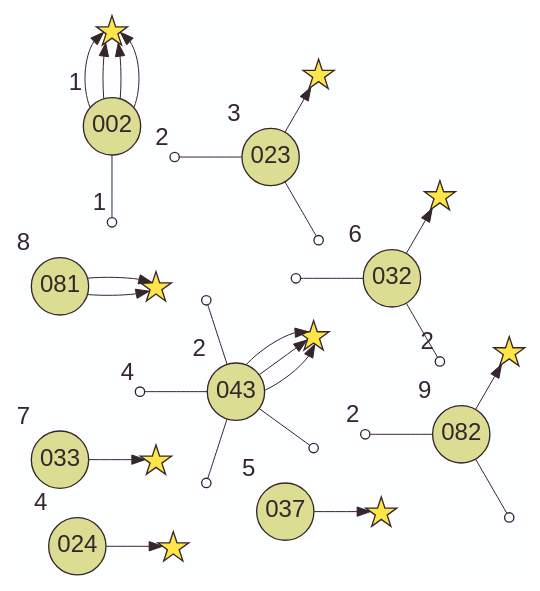
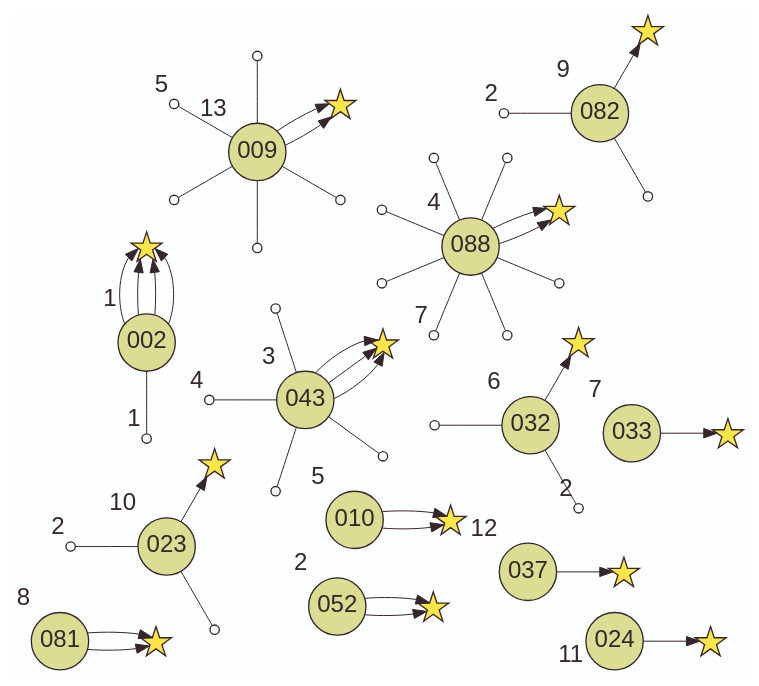
Before and after one commit to laowantong/sqlab_ints: the diagram in output/activity_map.gv, drawn with Graphviz. The commit also changed 13 other files, not shown here.

```diff
--- a/output/activity_map.gv
+++ b/output/activity_map.gv
@@ -1,88 +1,132 @@
 digraph G {
     layout=twopi
     bgcolor="#FDFEFF"
     edge [color="#34262B" penwidth=0.75]
     node [
         shape=star
         fixedsize=true
         width=0.3
         height=0.3
         fillcolor="#FEE548"
         color="#34262B"
         fontcolor="#34262B"
         fontsize=18
         penwidth=1
         style=filled
         label=""
     ]
     103209978926087
     103209978926087
     103209978926087
     1230160502988882
     125856070581408
     125856070581408
     125856070581408
     125856070581408
+    155147806452639
+    155147806452639
     156364735562291
     183542481619562
+    240070160009025
+    240070160009025
     248960157567190
     253352561534995
     253352561534995
+    253600606633879
+    253600606633879
     298774613720463
+    360051049043076
+    360051049043076
     5591408610389
     node [width=1.2 height=1.2 fontname=Helvetica label="\N"]
     
     node [ width=0.6 height=0.6 shape=circle fillcolor="#FFC19C"]
     
     node [fillcolor="#DBDE92"]
     002 [xlabel=1]
-    023 [xlabel=3]
-    024 [xlabel=4]
+    009 [xlabel=13]
+    010 [xlabel=5]
+    023 [xlabel=10]
+    024 [xlabel=11]
     032 [xlabel=6]
     033 [xlabel=7]
-    037 [xlabel=5]
-    043 [xlabel=2]
+    037 [xlabel=12]
+    043 [xlabel=3]
+    052 [xlabel=2]
     081 [xlabel=8]
     082 [xlabel=9]
+    088 [xlabel=4]
     
     002 -> 125856070581408
     002 -> 125856070581408
     002 -> 125856070581408
     002 -> 125856070581408
+    009 -> 253600606633879
+    009 -> 253600606633879
+    010 -> 155147806452639
+    010 -> 155147806452639
     023 -> 5591408610389
     024 -> 248960157567190
     032 -> 1230160502988882
     033 -> 298774613720463
     037 -> 183542481619562
     043 -> 103209978926087
     043 -> 103209978926087
     043 -> 103209978926087
+    052 -> 240070160009025
+    052 -> 240070160009025
     081 -> 253352561534995
     081 -> 253352561534995
     082 -> 156364735562291
+    088 -> 360051049043076
+    088 -> 360051049043076
     
     node [width=0.1 height=0.1 label="" fillcolor=none]
     103209978926115
     1230160502988894
     1230160502992190 [xlabel=2]
     14110344140782 [xlabel=2]
     156189361184507 [xlabel=2]
     156596690231090
+    253109520226675
+    253352804744747 [xlabel=5]
+    253843891117135
+    253974688626775
+    254220120595727
+    359590657654446
+    359642314904307
+    359749191076977
+    359813838431707
+    359943398969027 [xlabel=7]
+    360186567754554
+    360247014033845
     455354753305299 [xlabel=1]
     62621691563930
     76118056186574 [xlabel=4]
     81063761713588
     96800835160244
     edge [arrowhead=none]
     002 -> 455354753305299
+    009 -> 253109520226675
+    009 -> 253352804744747
+    009 -> 253843891117135
+    009 -> 253974688626775
+    009 -> 254220120595727
     023 -> 14110344140782
     023 -> 62621691563930
     032 -> 1230160502988894
     032 -> 1230160502992190
     043 -> 103209978926115
     043 -> 76118056186574
     043 -> 81063761713588
     043 -> 96800835160244
     082 -> 156189361184507
     082 -> 156596690231090
+    088 -> 359590657654446
+    088 -> 359642314904307
+    088 -> 359749191076977
+    088 -> 359813838431707
+    088 -> 359943398969027
+    088 -> 360186567754554
+    088 -> 360247014033845
 }
```
